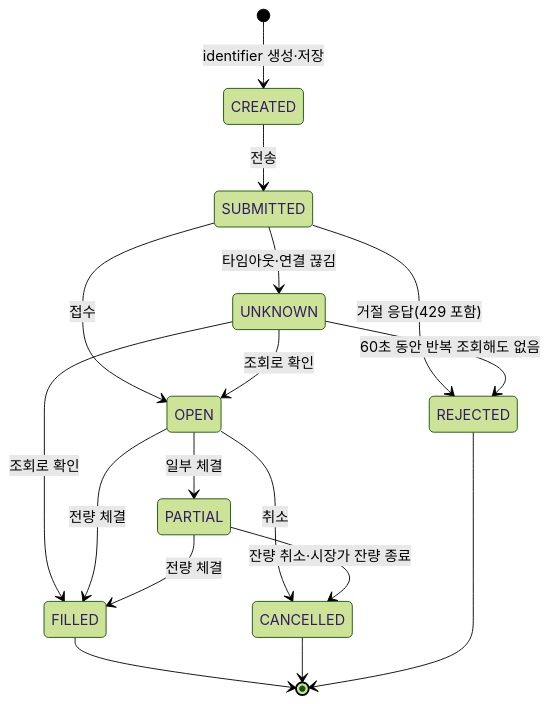
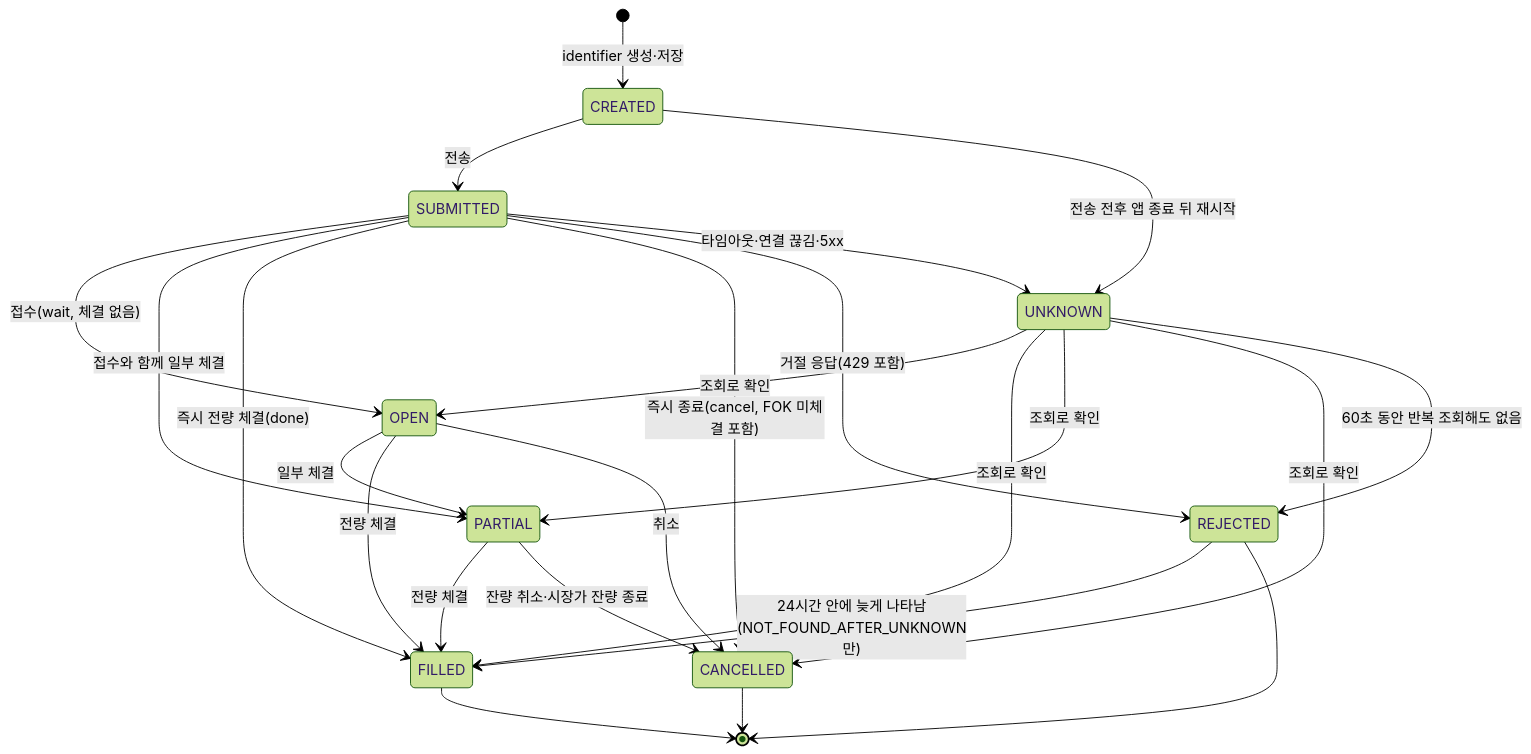
The third of 4 diagrams in docs/03-functional/state-machines.md (khy920723/upbit-autotrader), drawn with Mermaid (forest theme) before and after one commit. The commit also changed other lines of this file and 26 other files, not shown here.

````diff
--- a/docs/03-functional/state-machines.md
+++ b/docs/03-functional/state-machines.md
@@ -87,19 +92,26 @@
 ```mermaid
 stateDiagram-v2
     [*] --> CREATED: identifier 생성·저장
     CREATED --> SUBMITTED: 전송
-    SUBMITTED --> OPEN: 접수
+    SUBMITTED --> OPEN: 접수(wait, 체결 없음)
+    SUBMITTED --> PARTIAL: 접수와 함께 일부 체결
+    SUBMITTED --> FILLED: 즉시 전량 체결(done)
+    SUBMITTED --> CANCELLED: 즉시 종료(cancel, FOK 미체결 포함)
     SUBMITTED --> REJECTED: 거절 응답(429 포함)
-    SUBMITTED --> UNKNOWN: 타임아웃·연결 끊김
+    SUBMITTED --> UNKNOWN: 타임아웃·연결 끊김·5xx
+    CREATED --> UNKNOWN: 전송 전후 앱 종료 뒤 재시작
     UNKNOWN --> OPEN: 조회로 확인
     UNKNOWN --> FILLED: 조회로 확인
+    UNKNOWN --> PARTIAL: 조회로 확인
+    UNKNOWN --> CANCELLED: 조회로 확인
     UNKNOWN --> REJECTED: 60초 동안 반복 조회해도 없음
+    REJECTED --> FILLED: 24시간 안에 늦게 나타남(NOT_FOUND_AFTER_UNKNOWN만)
     OPEN --> PARTIAL: 일부 체결
     OPEN --> FILLED: 전량 체결
     PARTIAL --> FILLED: 전량 체결
     OPEN --> CANCELLED: 취소
     PARTIAL --> CANCELLED: 잔량 취소·시장가 잔량 종료
     FILLED --> [*]
     CANCELLED --> [*]
     REJECTED --> [*]
 ```
````
